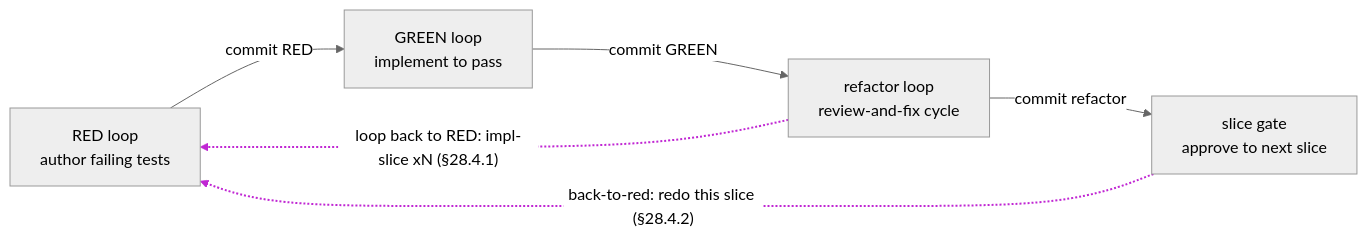
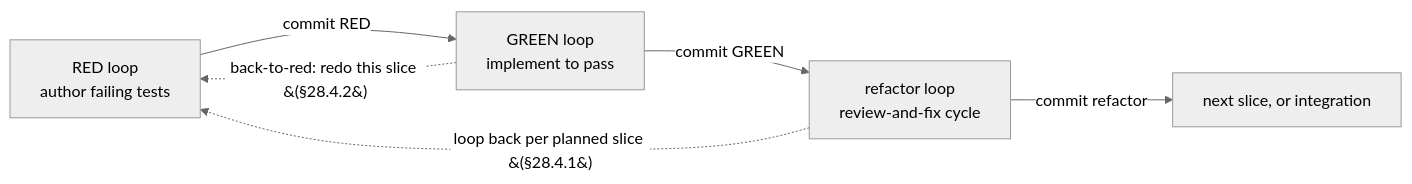
Before and after one commit to dylanb/agent-terminal: the second of 2 diagrams in docs/spec/28-the-full-tdd-development-process-a-chain-of-loops.md, drawn with Mermaid (neutral theme). The commit also changed other lines of this file and 165 other files, not shown here.

````diff
--- a/docs/spec/28-the-full-tdd-development-process-a-chain-of-loops.md
+++ b/docs/spec/28-the-full-tdd-development-process-a-chain-of-loops.md
@@ -41,9 +35,8 @@
 ```mermaid
 flowchart LR
   RED["RED loop<br/>author failing tests"] -->|"commit RED"| GREEN["GREEN loop<br/>implement to pass"]
   GREEN -->|"commit GREEN"| REFAC["refactor loop<br/>review-and-fix cycle"]
-  REFAC -->|"commit refactor"| GATE["slice gate<br/>approve to next slice"]
-  REFAC -.->|"loop back to RED: impl-slice xN (§28.4.1)"| RED
-  GATE -.->|"back-to-red: redo this slice (§28.4.2)"| RED
-  linkStyle 3,4 stroke:#c026d3,stroke-width:2px
+  REFAC -->|"commit refactor"| NEXT["next slice, or integration"]
+  REFAC -.->|"loop back per planned slice &#40;§28.4.1&#41;"| RED
+  GREEN -.->|"back-to-red: redo this slice &#40;§28.4.2&#41;"| RED
 ```
````
